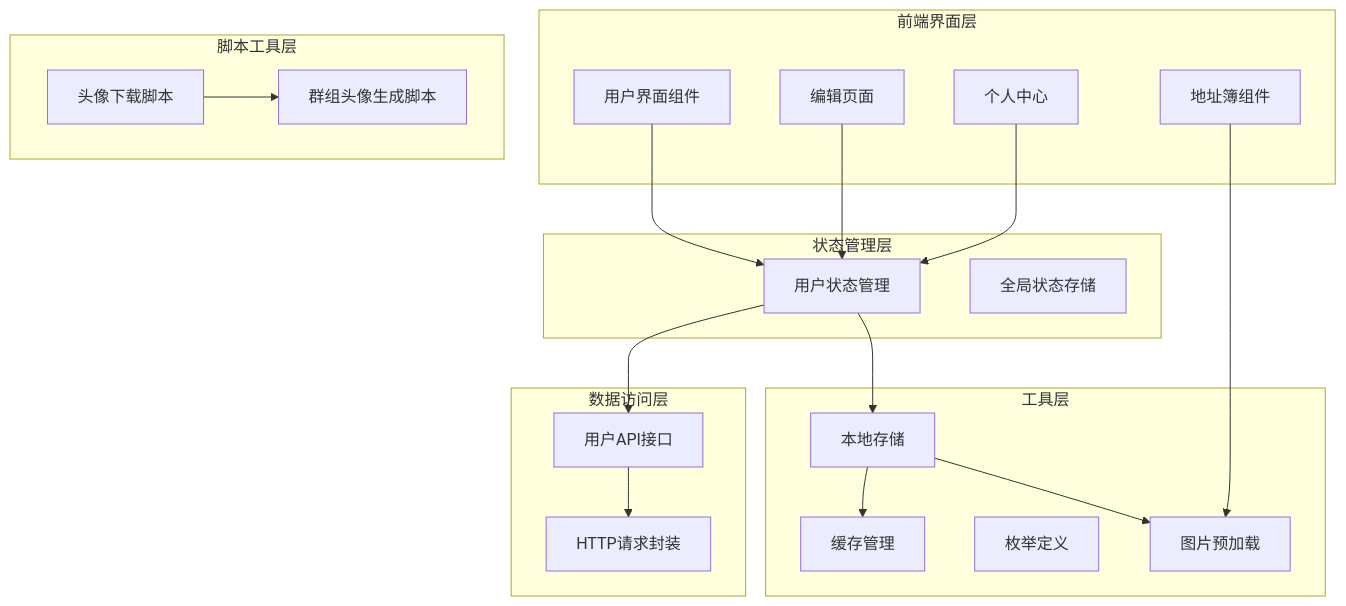
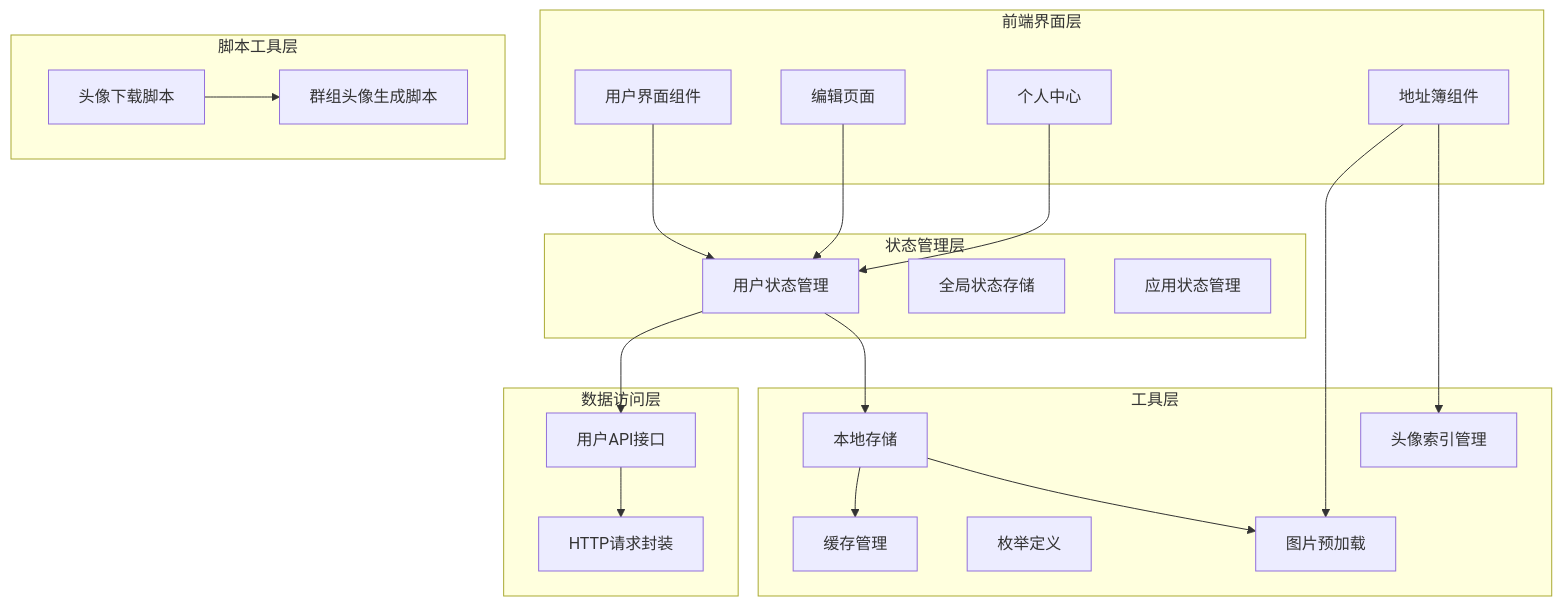
Before and after one commit to giserman001/vue3-vant4-mobile: the first of 10 diagrams in .qoder/repowiki/zh/content/核心系统/头像管理系统.md, drawn with Mermaid. The commit also changed other lines of this file and 3 other files, not shown here.

````diff
--- a/.qoder/repowiki/zh/content/核心系统/头像管理系统.md
+++ b/.qoder/repowiki/zh/content/核心系统/头像管理系统.md
@@ -52,37 +55,40 @@
 ```mermaid
 graph TB
 subgraph "前端界面层"
 A[用户界面组件]
 B[编辑页面]
 C[个人中心]
 D[地址簿组件]
 end
 subgraph "状态管理层"
 E[用户状态管理]
 F[全局状态存储]
+G[应用状态管理]
 end
 subgraph "数据访问层"
-G[用户API接口]
-H[HTTP请求封装]
+H[用户API接口]
+I[HTTP请求封装]
 end
 subgraph "工具层"
-I[本地存储]
-J[缓存管理]
-K[枚举定义]
-L[图片预加载]
+J[本地存储]
+K[缓存管理]
+L[枚举定义]
+M[图片预加载]
+N[头像索引管理]
 end
 subgraph "脚本工具层"
-M[头像下载脚本]
-N[群组头像生成脚本]
+O[头像下载脚本]
+P[群组头像生成脚本]
 end
 A --> E
 B --> E
 C --> E
-D --> L
-E --> G
-G --> H
-E --> I
-I --> J
-I --> L
-M --> N
+D --> M
+D --> N
+E --> H
+H --> I
+E --> J
+J --> K
+J --> M
+O --> P
 ```
````
